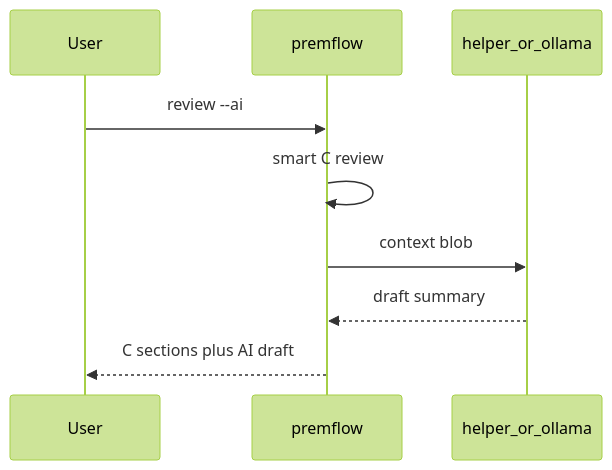
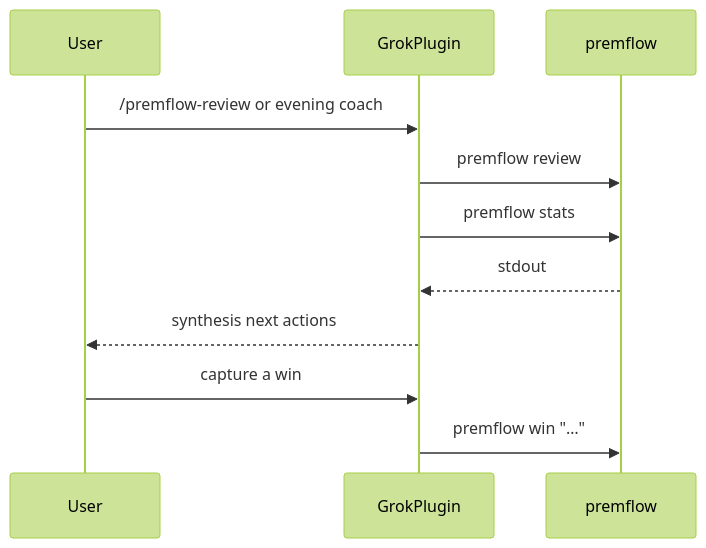
One commit to thecuriousts/premflow changed the ninth of 11 diagrams in designs/coming-next.md. Above: the diagram before and after it, drawn with Mermaid (forest theme). The commit also changed other lines of this file and 2 other files, not shown here.

First line of the commit message:
docs: reframe AI path as Grok driving premflow

````diff
--- a/designs/coming-next.md
+++ b/designs/coming-next.md
@@ -376,11 +388,13 @@
 ```mermaid
 sequenceDiagram
   participant U as User
+  participant G as GrokPlugin
   participant P as premflow
-  participant H as helper_or_ollama
-  U->>P: review --ai
-  P->>P: smart C review
-  P->>H: context blob
-  H-->>P: draft summary
-  P-->>U: C sections plus AI draft
+  U->>G: /premflow-review or evening coach
+  G->>P: premflow review
+  G->>P: premflow stats
+  P-->>G: stdout
+  G-->>U: synthesis next actions
+  U->>G: capture a win
+  G->>P: premflow win "…"
 ```
````
